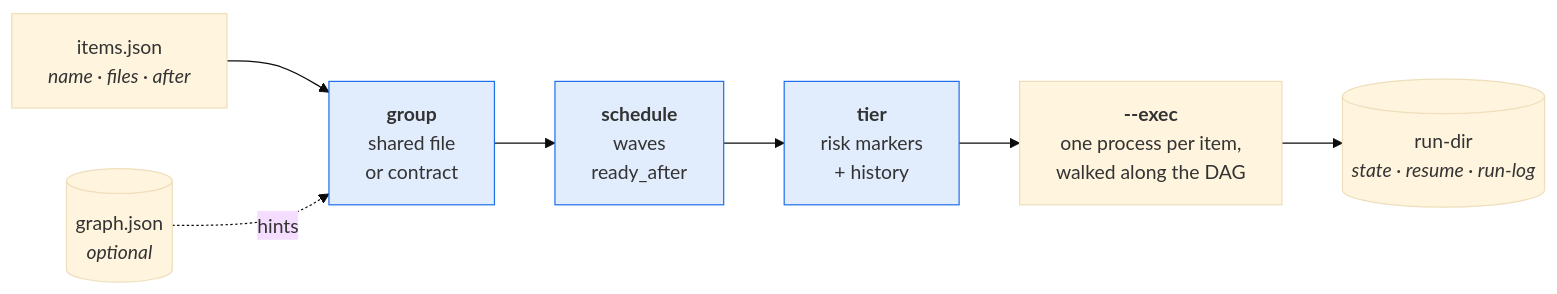
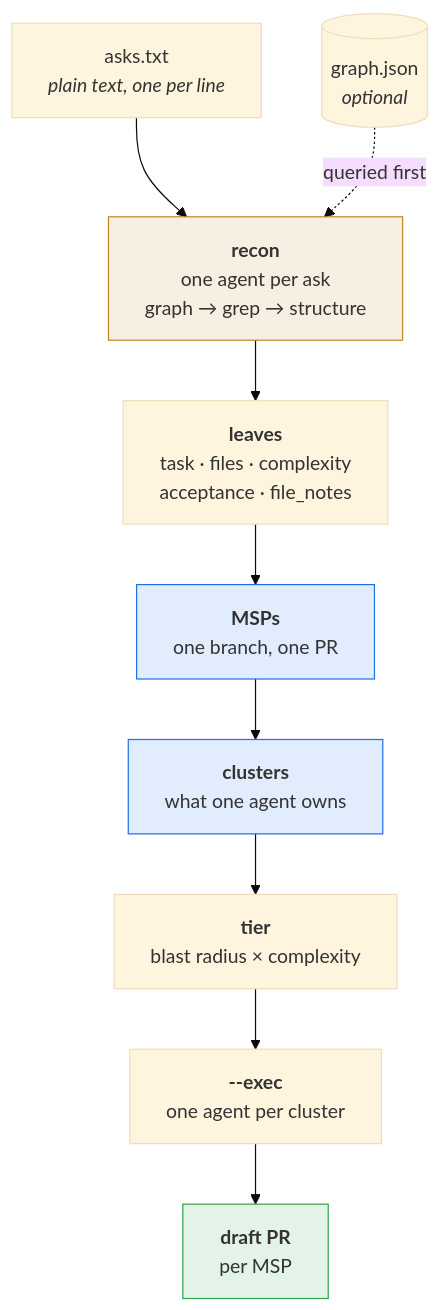
The diagram in README.md (shaheershoaib/fanout), drawn with Mermaid (base theme) before and after one commit. The commit also changed other lines of this file, not shown here.

````diff
--- a/README.md
+++ b/README.md
@@ -26,13 +35,16 @@
 ```mermaid
-flowchart LR
-  I["items.json<br/><i>name · files · after</i>"] --> C["<b>group</b><br/>shared file<br/>or contract"]
-  G[("graph.json<br/><i>optional</i>")] -. hints .-> C
-  C --> S["<b>schedule</b><br/>waves<br/>ready_after"]
-  S --> T["<b>tier</b><br/>risk markers<br/>+ history"]
-  T --> X["<b>--exec</b><br/>one process per item,<br/>walked along the DAG"]
-  X --> R[("run-dir<br/><i>state · resume · run-log</i>")]
+flowchart TB
+  A["asks.txt<br/><i>plain text, one per line</i>"] --> R["<b>recon</b><br/>one agent per ask<br/>graph → grep → structure"]
+  G[("graph.json<br/><i>optional</i>")] -. queried first .-> R
+  R --> I["<b>leaves</b><br/>task · files · complexity<br/>acceptance · file_notes"]
+  I --> M["<b>MSPs</b><br/>one branch, one PR"]
+  M --> C["<b>clusters</b><br/>what one agent owns"]
+  C --> T["<b>tier</b><br/>blast radius × complexity"]
+  T --> X["<b>--exec</b><br/>one agent per cluster"]
+  X --> P["<b>draft PR</b><br/>per MSP"]
 
+  style R fill:#bf872922,stroke:#bf8729
+  style M fill:#1f6feb22,stroke:#1f6feb
   style C fill:#1f6feb22,stroke:#1f6feb
-  style S fill:#1f6feb22,stroke:#1f6feb
-  style T fill:#1f6feb22,stroke:#1f6feb
+  style P fill:#2da44e22,stroke:#2da44e
 ```
````
